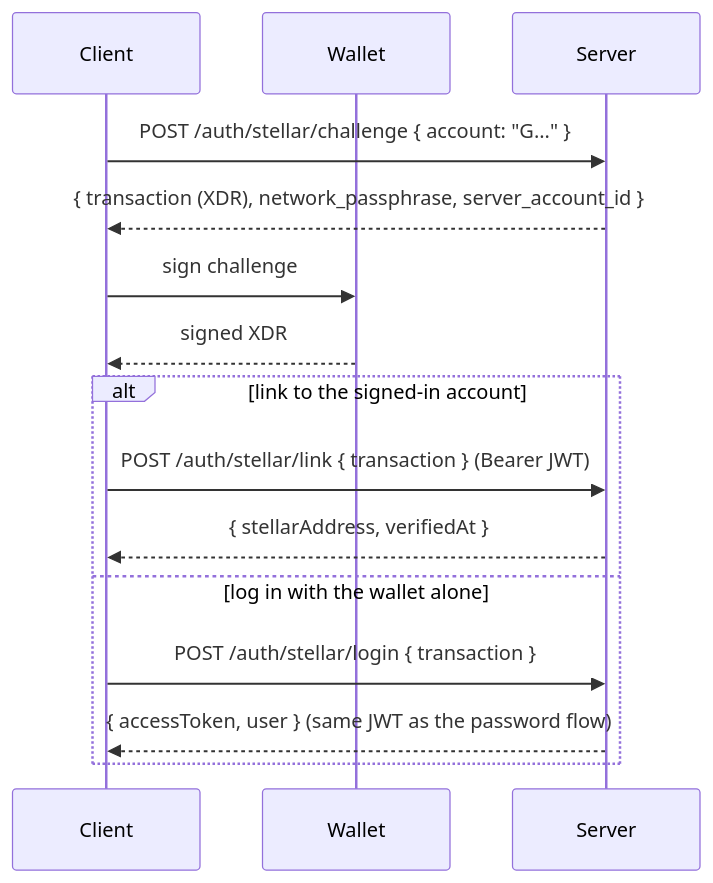
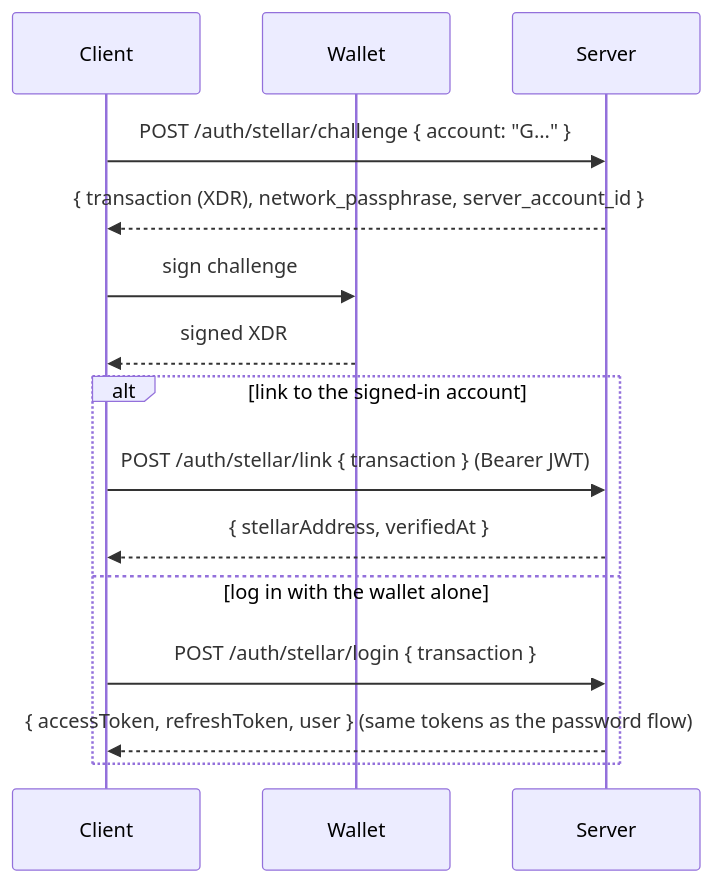
Before and after one commit to Stellar-songifi/Lyricsflip_server: the fourth of 6 diagrams in README.md, drawn with Mermaid. The commit also changed other lines of this file and 9 other files, not shown here.

````diff
--- a/README.md
+++ b/README.md
@@ -418,17 +426,17 @@
 ```mermaid
 sequenceDiagram
     participant C as Client
     participant W as Wallet
     participant S as Server
     C->>S: POST /auth/stellar/challenge { account: "G..." }
     S-->>C: { transaction (XDR), network_passphrase, server_account_id }
     C->>W: sign challenge
     W-->>C: signed XDR
     alt link to the signed-in account
         C->>S: POST /auth/stellar/link { transaction } (Bearer JWT)
         S-->>C: { stellarAddress, verifiedAt }
     else log in with the wallet alone
         C->>S: POST /auth/stellar/login { transaction }
-        S-->>C: { accessToken, user }   (same JWT as the password flow)
+        S-->>C: { accessToken, refreshToken, user }   (same tokens as the password flow)
     end
 ```
````
